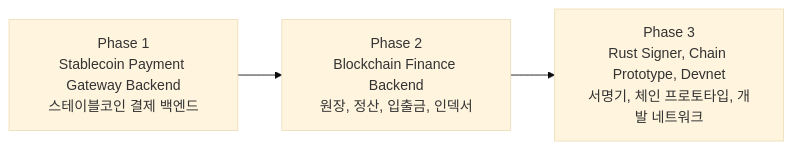
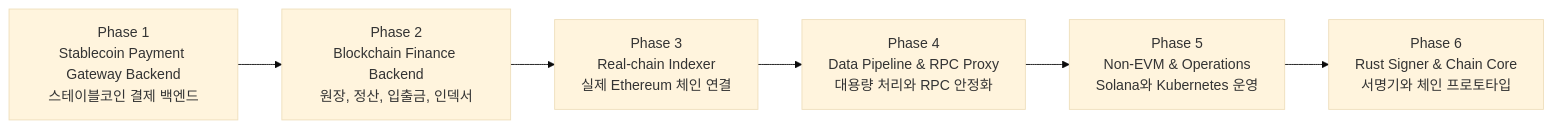
Before and after one commit to HoBaeBang/2030-korea-stablepay-network: the first of 10 diagrams in docs/architecture/target-architecture.md, drawn with Mermaid (base theme). The commit also changed other lines of this file and 4 other files, not shown here.

````diff
--- a/docs/architecture/target-architecture.md
+++ b/docs/architecture/target-architecture.md
@@ -18,8 +18,11 @@
 ```mermaid
 flowchart LR
     P1["Phase 1<br/>Stablecoin Payment Gateway Backend<br/>스테이블코인 결제 백엔드"]
     P2["Phase 2<br/>Blockchain Finance Backend<br/>원장, 정산, 입출금, 인덱서"]
-    P3["Phase 3<br/>Rust Signer, Chain Prototype, Devnet<br/>서명기, 체인 프로토타입, 개발 네트워크"]
+    P3["Phase 3<br/>Real-chain Indexer<br/>실제 Ethereum 체인 연결"]
+    P4["Phase 4<br/>Data Pipeline & RPC Proxy<br/>대용량 처리와 RPC 안정화"]
+    P5["Phase 5<br/>Non-EVM & Operations<br/>Solana와 Kubernetes 운영"]
+    P6["Phase 6<br/>Rust Signer & Chain Core<br/>서명기와 체인 프로토타입"]
 
-    P1 --> P2 --> P3
+    P1 --> P2 --> P3 --> P4 --> P5 --> P6
 ```
````
